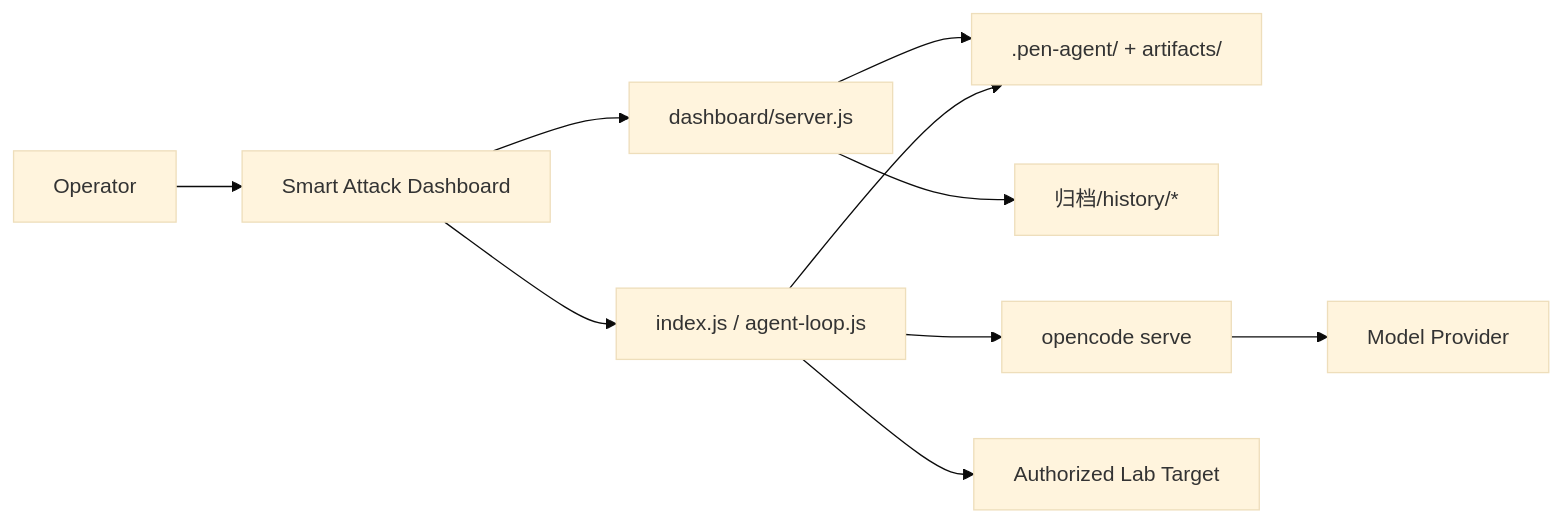
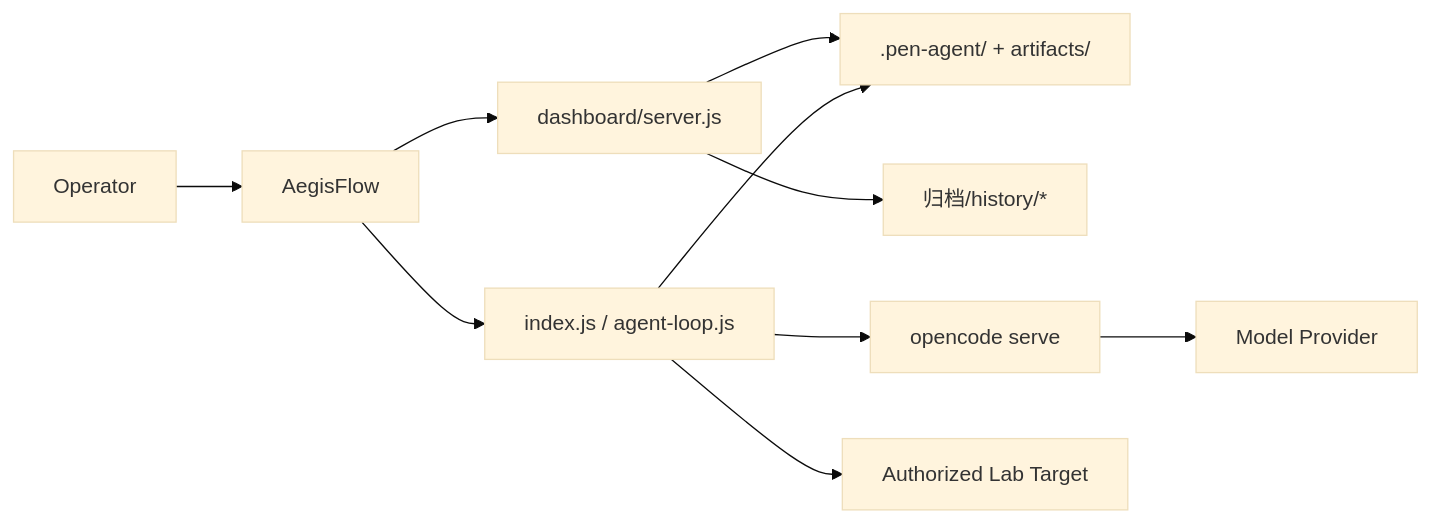
The diagram in README.md (AndrewAccuracy/AegisFlow), drawn with Mermaid (base theme) before and after one commit. The commit also changed other lines of this file and 10 other files, not shown here.

Commit message:
Rename project titles to AegisFlow

````diff
--- a/README.md
+++ b/README.md
@@ -66,12 +66,12 @@
 ```mermaid
 flowchart LR
-  User["Operator"] --> Dashboard["Smart Attack Dashboard"]
+  User["Operator"] --> Dashboard["AegisFlow"]
   Dashboard --> API["dashboard/server.js"]
   API --> Live[".pen-agent/ + artifacts/"]
   API --> Archive["归档/history/*"]
   Dashboard --> Runner["index.js / agent-loop.js"]
   Runner --> OpenCode["opencode serve"]
   OpenCode --> Model["Model Provider"]
   Runner --> Target["Authorized Lab Target"]
   Runner --> Live
 ```
````
